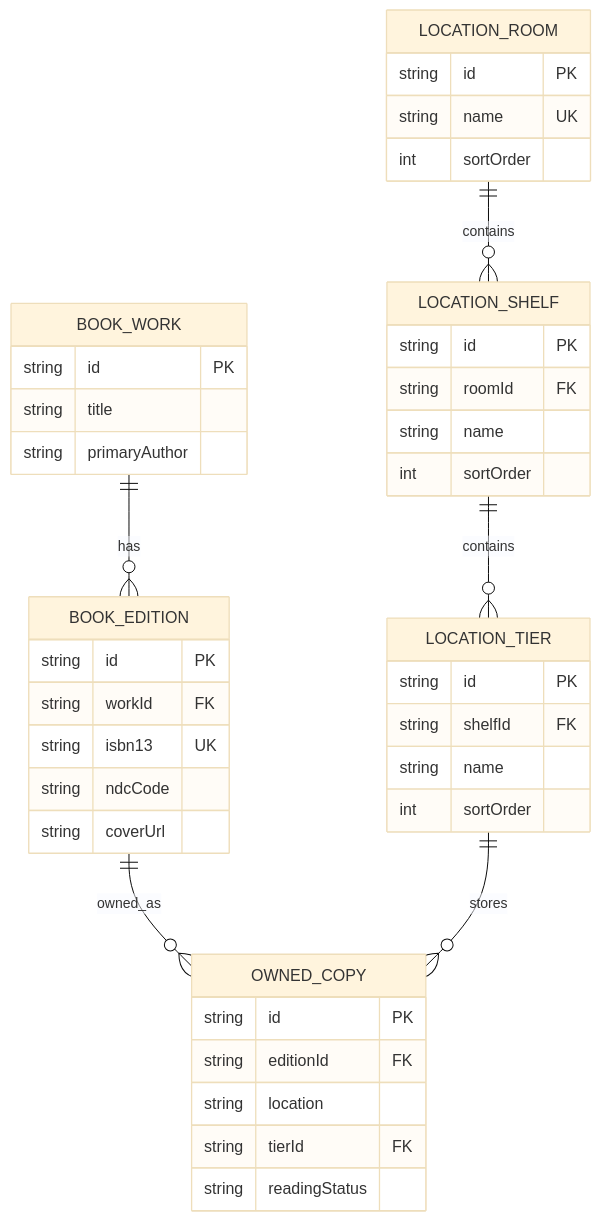
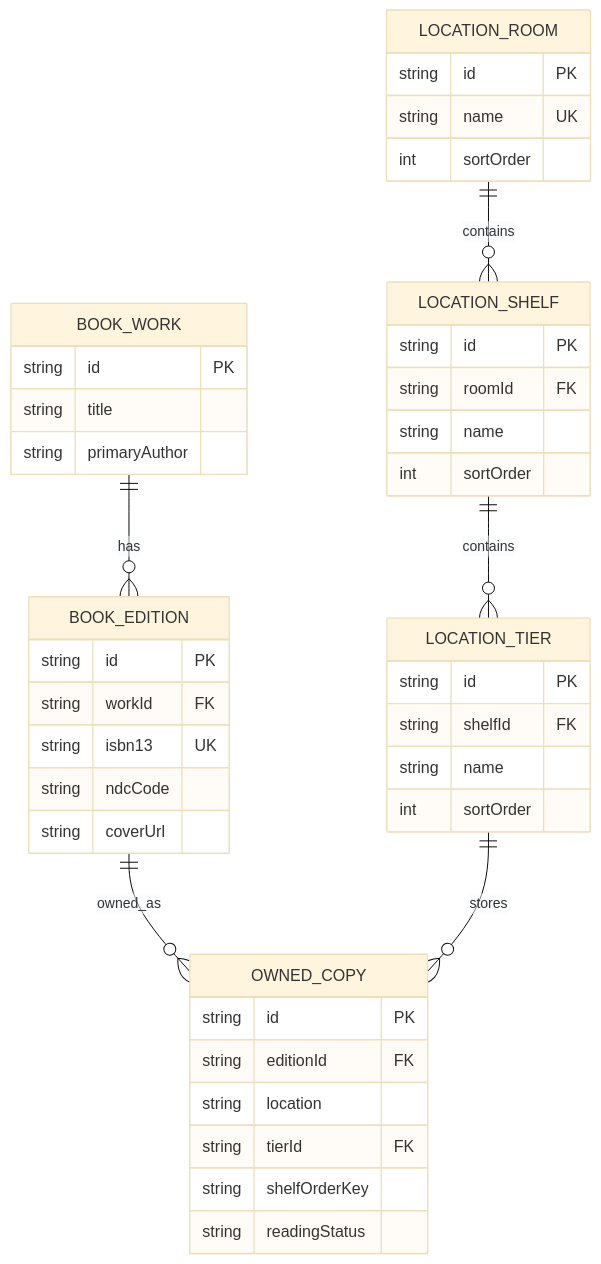
The third of 3 diagrams in docs/ARCHITECTURE.md (akaitigo/ndc-shelf-android), drawn with Mermaid (base theme) before and after one commit. The commit also changed other lines of this file and 27 other files, not shown here.

````diff
--- a/docs/ARCHITECTURE.md
+++ b/docs/ARCHITECTURE.md
@@ -78,44 +78,45 @@
 ```mermaid
 erDiagram
     BOOK_WORK ||--o{ BOOK_EDITION : has
     BOOK_EDITION ||--o{ OWNED_COPY : owned_as
     LOCATION_ROOM ||--o{ LOCATION_SHELF : contains
     LOCATION_SHELF ||--o{ LOCATION_TIER : contains
     LOCATION_TIER ||--o{ OWNED_COPY : stores
     BOOK_WORK {
         string id PK
         string title
         string primaryAuthor
     }
     BOOK_EDITION {
         string id PK
         string workId FK
         string isbn13 UK
         string ndcCode
         string coverUrl
     }
     OWNED_COPY {
         string id PK
         string editionId FK
         string location
         string tierId FK
+        string shelfOrderKey
         string readingStatus
     }
     LOCATION_ROOM {
         string id PK
         string name UK
         int sortOrder
     }
     LOCATION_SHELF {
         string id PK
         string roomId FK
         string name
         int sortOrder
     }
     LOCATION_TIER {
         string id PK
         string shelfId FK
         string name
         int sortOrder
     }
 ```
````
